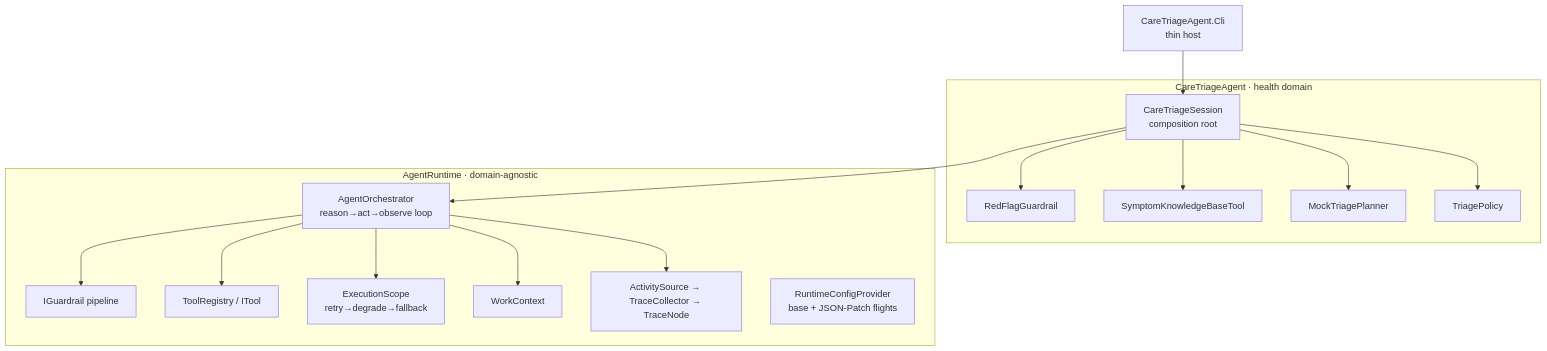
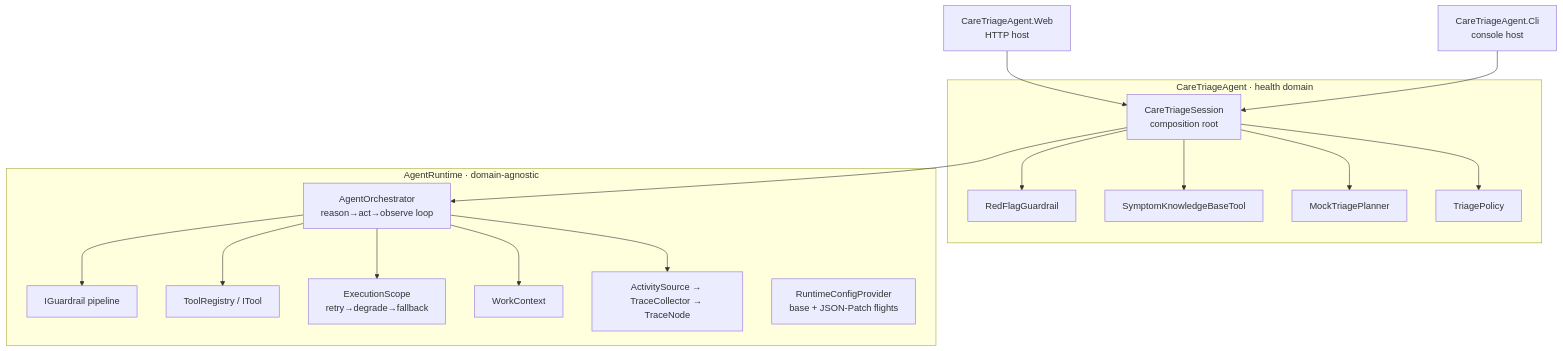
Before and after one commit to Christina7/mini-health-agent-runtime: the diagram in README.md, drawn with Mermaid. The commit also changed other lines of this file and 1 other file, not shown here.

First line of the commit message:
Slice 17: docs — ARCHITECTURE.md + README refresh for Milestone 2

````diff
--- a/README.md
+++ b/README.md
@@ -60,21 +60,22 @@
 ```mermaid
 flowchart TD
-    CLI[CareTriageAgent.Cli<br/>thin host] --> Session
+    Web[CareTriageAgent.Web<br/>HTTP host] --> Session
+    CLI[CareTriageAgent.Cli<br/>console host] --> Session
     subgraph Domain[CareTriageAgent · health domain]
       Session[CareTriageSession<br/>composition root]
       Session --> RedFlag[RedFlagGuardrail]
       Session --> KB[SymptomKnowledgeBaseTool]
       Session --> Planner[MockTriagePlanner]
       Session --> Policy[TriagePolicy]
     end
     Session --> Orchestrator
     subgraph Runtime[AgentRuntime · domain-agnostic]
       Orchestrator[AgentOrchestrator<br/>reason→act→observe loop]
       Orchestrator --> Guardrails[IGuardrail pipeline]
       Orchestrator --> Registry[ToolRegistry / ITool]
       Orchestrator --> Scope[ExecutionScope<br/>retry→degrade→fallback]
       Orchestrator --> Ctx[WorkContext]
       Orchestrator --> Trace[ActivitySource → TraceCollector → TraceNode]
       Config[RuntimeConfigProvider<br/>base + JSON-Patch flights]
     end
 ```
````
